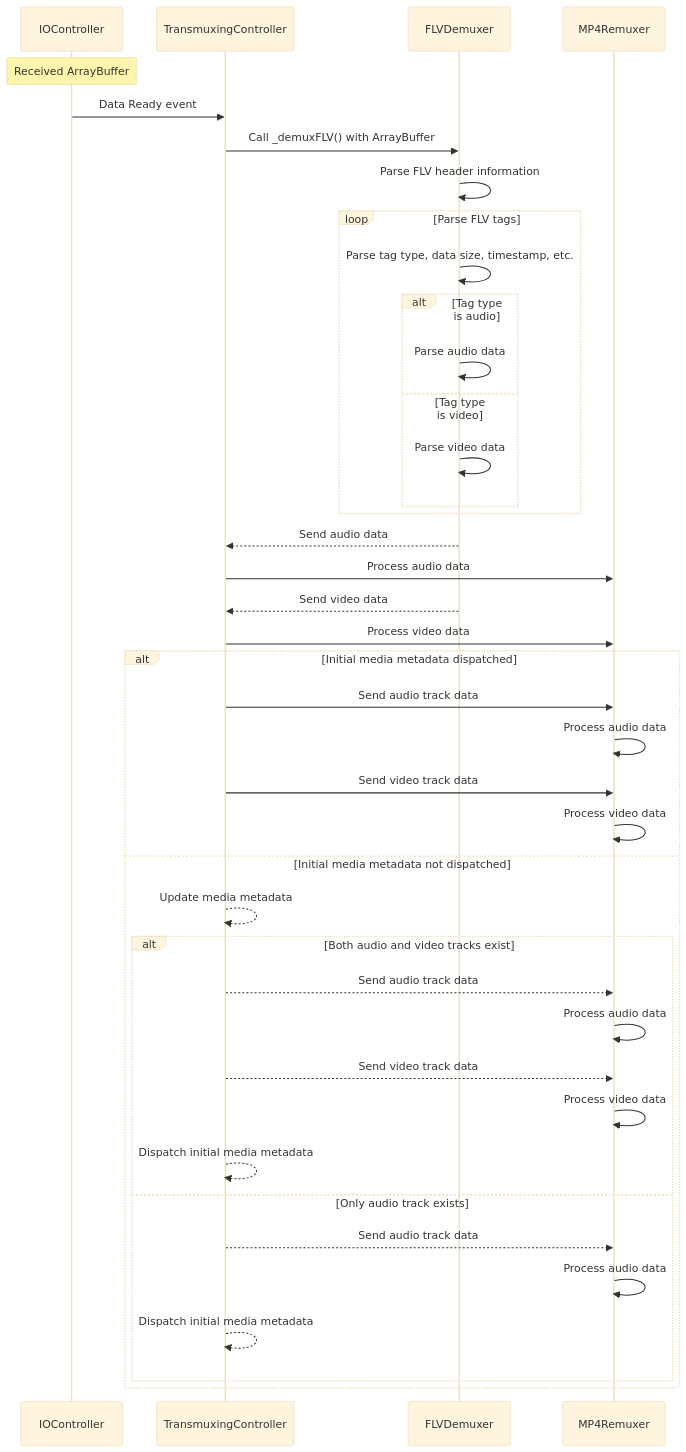
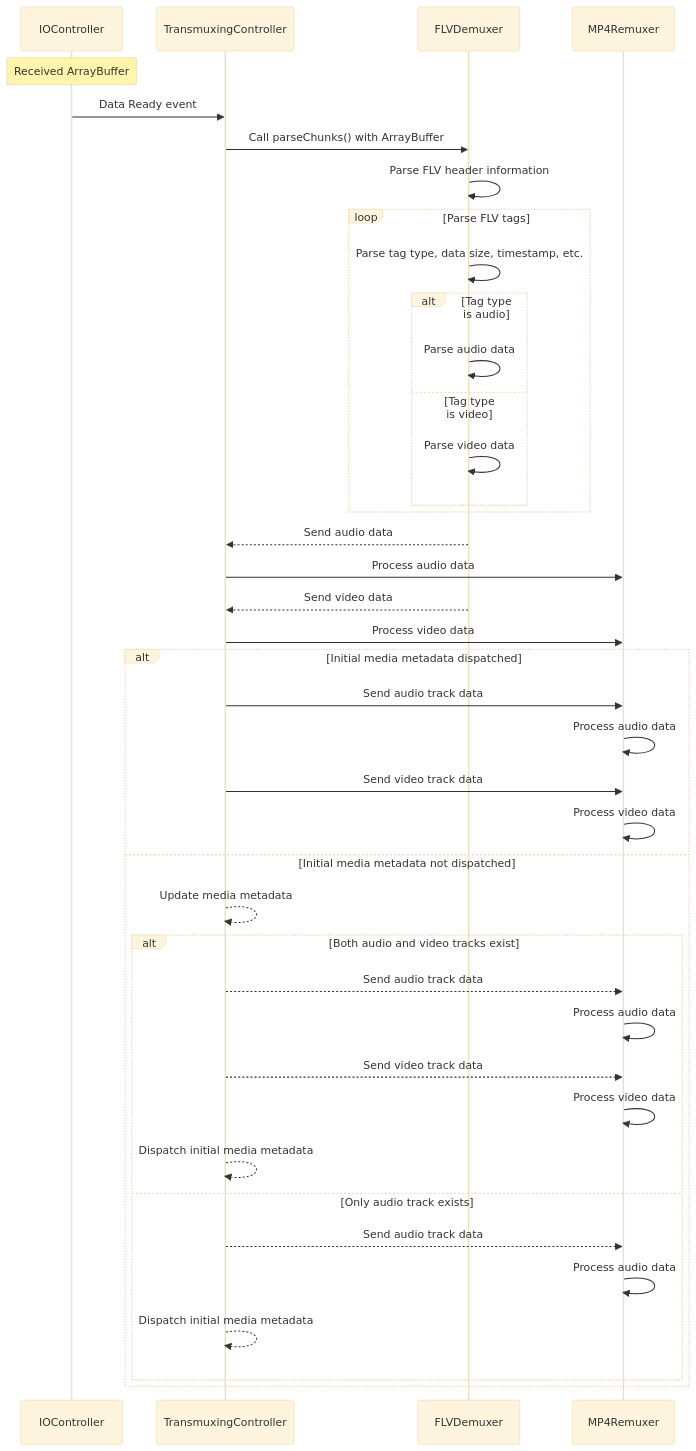
The fifth of 5 diagrams in README.md (cellinlab/how-flvjs-works), drawn with Mermaid (base theme) before and after one commit. The commit also changed 1 other file, not shown here.

Commit message:
feat: demo flvdemuxer

````diff
--- a/README.md
+++ b/README.md
@@ -155,45 +155,45 @@
 ```mermaid
 sequenceDiagram
     participant IOController
     participant TransmuxingController
     participant FLVDemuxer
     participant MP4Remuxer
 
     Note over IOController: Received ArrayBuffer
     IOController->>TransmuxingController: Data Ready event
-    TransmuxingController->>FLVDemuxer: Call _demuxFLV() with ArrayBuffer
+    TransmuxingController->>FLVDemuxer: Call parseChunks() with ArrayBuffer
     FLVDemuxer->>FLVDemuxer: Parse FLV header information
     loop Parse FLV tags
         FLVDemuxer->>FLVDemuxer: Parse tag type, data size, timestamp, etc.
         alt Tag type is audio
             FLVDemuxer->>FLVDemuxer: Parse audio data
         else Tag type is video
             FLVDemuxer->>FLVDemuxer: Parse video data
         end
     end
 
     FLVDemuxer-->>TransmuxingController: Send audio data
     TransmuxingController->>MP4Remuxer: Process audio data
     FLVDemuxer-->>TransmuxingController: Send video data
     TransmuxingController->>MP4Remuxer: Process video data
 
     alt Initial media metadata dispatched
         TransmuxingController->>MP4Remuxer: Send audio track data
         MP4Remuxer->>MP4Remuxer: Process audio data
         TransmuxingController->>MP4Remuxer: Send video track data
         MP4Remuxer->>MP4Remuxer: Process video data
     else Initial media metadata not dispatched
         TransmuxingController-->>TransmuxingController: Update media metadata
         alt Both audio and video tracks exist
             TransmuxingController-->>MP4Remuxer: Send audio track data
             MP4Remuxer->>MP4Remuxer: Process audio data
             TransmuxingController-->>MP4Remuxer: Send video track data
             MP4Remuxer->>MP4Remuxer: Process video data
             TransmuxingController-->>TransmuxingController: Dispatch initial media metadata
         else Only audio track exists
             TransmuxingController-->>MP4Remuxer: Send audio track data
             MP4Remuxer->>MP4Remuxer: Process audio data
             TransmuxingController-->>TransmuxingController: Dispatch initial media metadata
         end
     end
 ```
````
